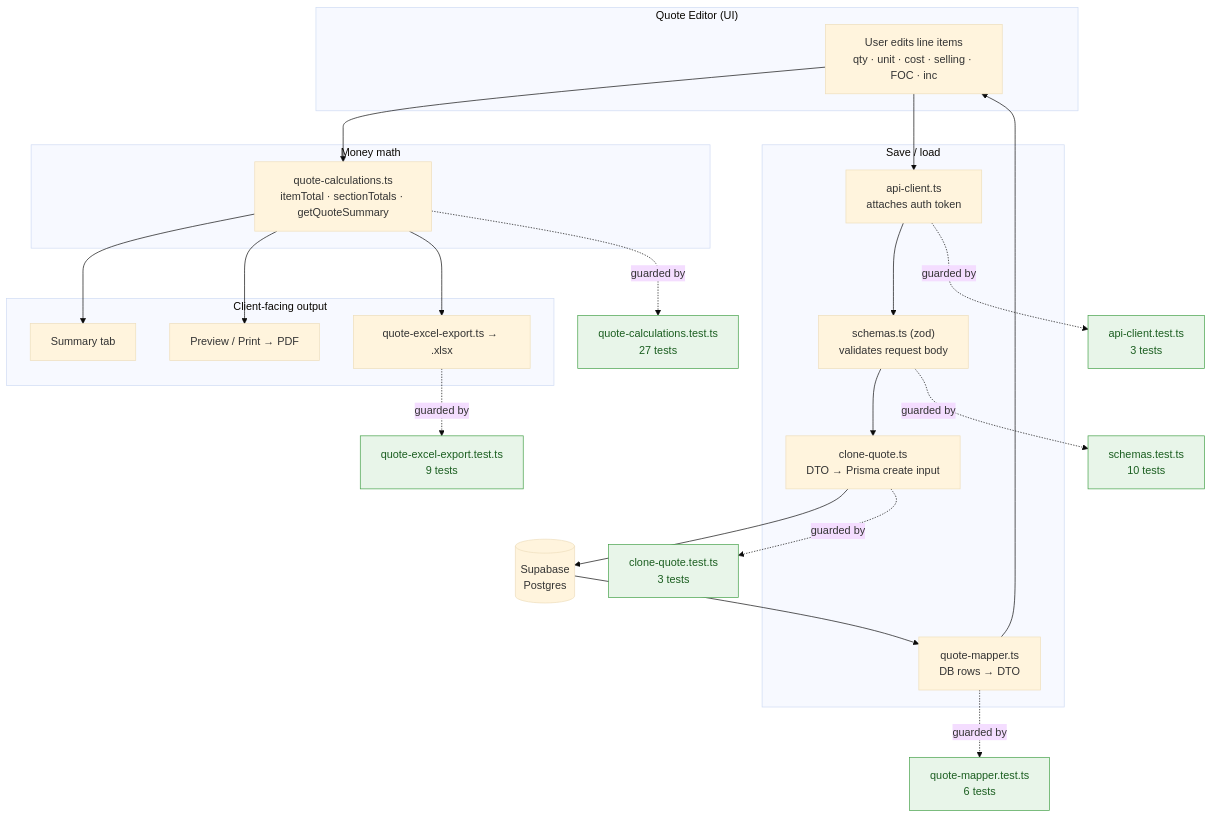
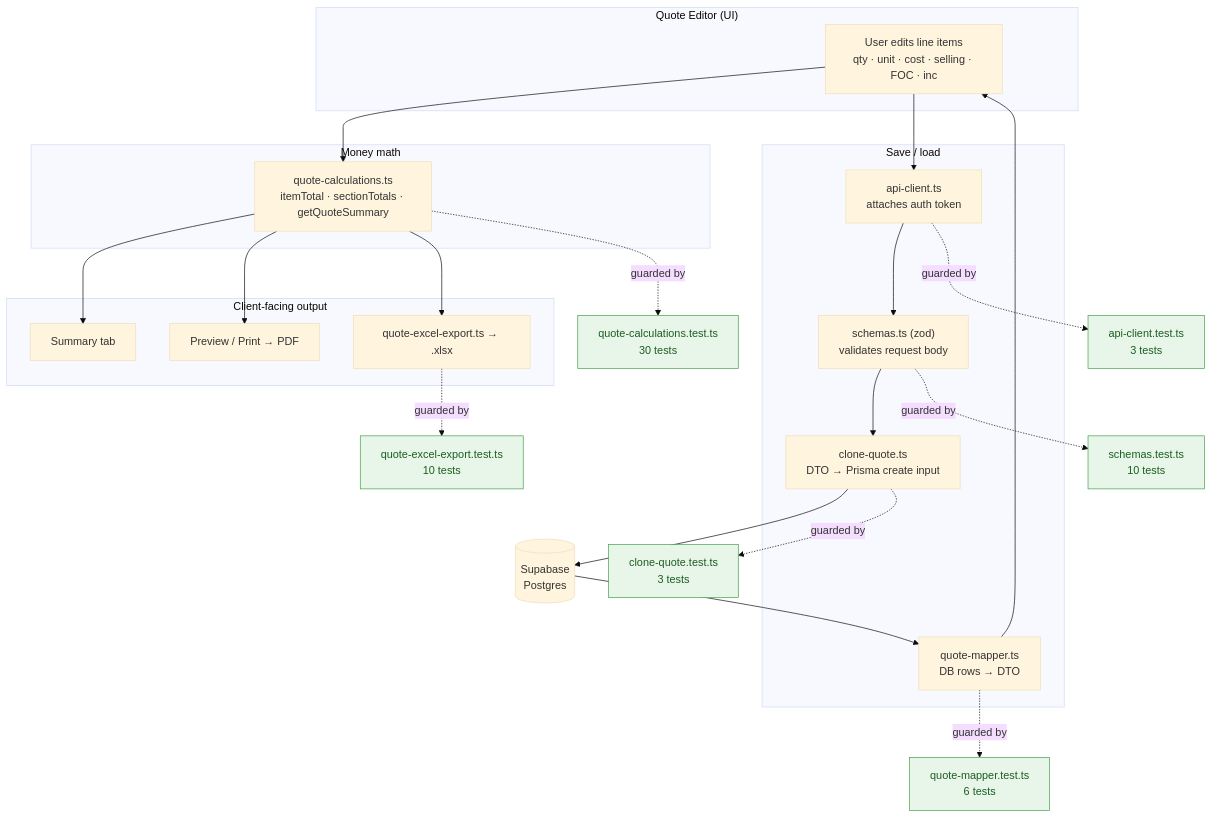
The first of 6 diagrams in docs/testing.md (TarokoDev/QMC), drawn with Mermaid (base theme) before and after one commit. The commit also changed other lines of this file and 1 other file, not shown here.

````diff
--- a/docs/testing.md
+++ b/docs/testing.md
@@ -92,40 +92,40 @@
 ```mermaid
 flowchart TD
     subgraph Editor["Quote Editor (UI)"]
         E["User edits line items<br/>qty · unit · cost · selling · FOC · inc"]
     end
 
     subgraph Money["Money math"]
         C["quote-calculations.ts<br/>itemTotal · sectionTotals · getQuoteSummary"]
     end
 
     subgraph Output["Client-facing output"]
         S["Summary tab"]
         P["Preview / Print → PDF"]
         X["quote-excel-export.ts → .xlsx"]
     end
 
     subgraph Transport["Save / load"]
         A["api-client.ts<br/>attaches auth token"]
         Z["schemas.ts (zod)<br/>validates request body"]
         CL["clone-quote.ts<br/>DTO → Prisma create input"]
         M["quote-mapper.ts<br/>DB rows → DTO"]
     end
 
     DB[("Supabase<br/>Postgres")]
 
     E --> C
     C --> S & P & X
     E --> A --> Z --> CL --> DB
     DB --> M --> E
 
-    C -.guarded by.-> T1["quote-calculations.test.ts<br/>27 tests"]
-    X -.guarded by.-> T2["quote-excel-export.test.ts<br/>9 tests"]
+    C -.guarded by.-> T1["quote-calculations.test.ts<br/>30 tests"]
+    X -.guarded by.-> T2["quote-excel-export.test.ts<br/>10 tests"]
     A -.guarded by.-> T3["api-client.test.ts<br/>3 tests"]
     Z -.guarded by.-> T4["schemas.test.ts<br/>10 tests"]
     CL -.guarded by.-> T5["clone-quote.test.ts<br/>3 tests"]
     M -.guarded by.-> T6["quote-mapper.test.ts<br/>6 tests"]
 
     classDef test fill:#e8f5e9,stroke:#43a047,color:#1b5e20
     class T1,T2,T3,T4,T5,T6 test
 ```
````
